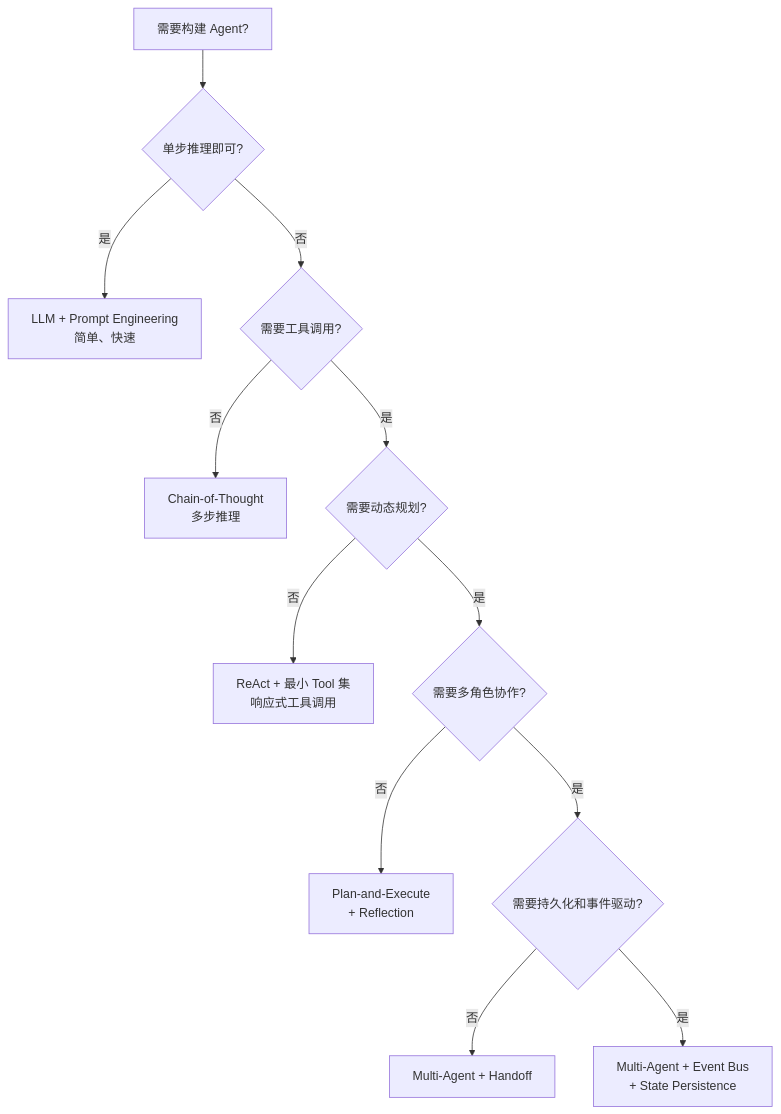
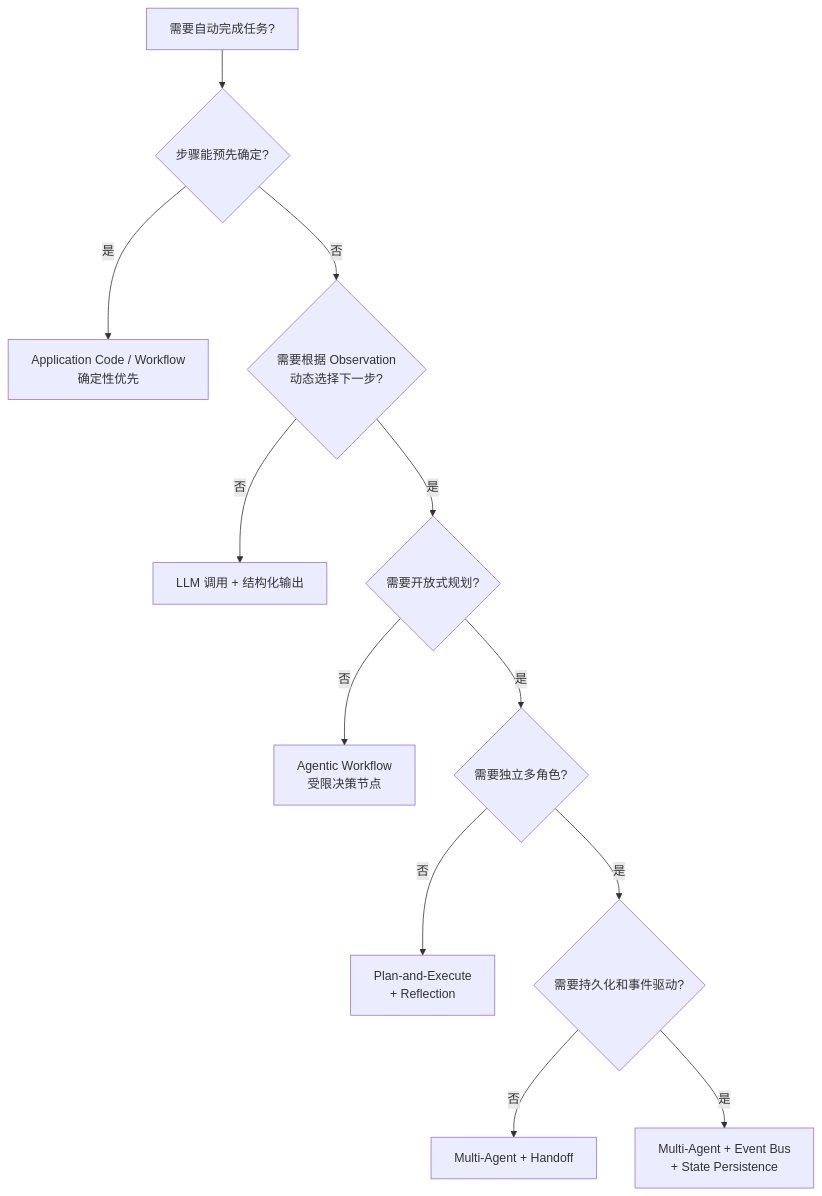
The first of 3 diagrams in docs/chapters/18-best-practices/README.md (dollarser/modern-ai-agent-architecture), drawn with Mermaid before and after one commit. The commit also changed other lines of this file and 132 other files, not shown here.

Commit message:
Finalize AI Agent book architecture and release preparation

````diff
--- a/docs/chapters/18-best-practices/README.md
+++ b/docs/chapters/18-best-practices/README.md
@@ -136,14 +145,14 @@
 ```mermaid
 flowchart TD
-    A["需要构建 Agent?"] --> B{单步推理即可?}
-    B -->|是| C["LLM + Prompt Engineering<br/>简单、快速"]
-    B -->|否| D{需要工具调用?}
-    D -->|否| E["Chain-of-Thought<br/>多步推理"]
-    D -->|是| F{需要动态规划?}
-    F -->|否| G["ReAct + 最小 Tool 集<br/>响应式工具调用"]
-    F -->|是| H{需要多角色协作?}
+    A["需要自动完成任务?"] --> B{步骤能预先确定?}
+    B -->|是| C["Application Code / Workflow<br/>确定性优先"]
+    B -->|否| D{需要根据 Observation<br/>动态选择下一步?}
+    D -->|否| E["LLM 调用 + 结构化输出"]
+    D -->|是| F{需要开放式规划?}
+    F -->|否| G["Agentic Workflow<br/>受限决策节点"]
+    F -->|是| H{需要独立多角色?}
     H -->|否| I["Plan-and-Execute<br/>+ Reflection"]
     H -->|是| J{需要持久化和事件驱动?}
     J -->|否| K["Multi-Agent + Handoff"]
     J -->|是| L["Multi-Agent + Event Bus<br/>+ State Persistence"]
 ```
````
